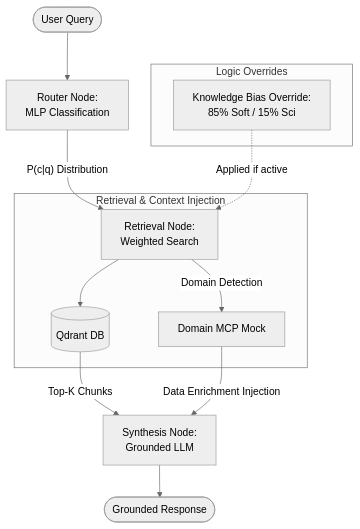
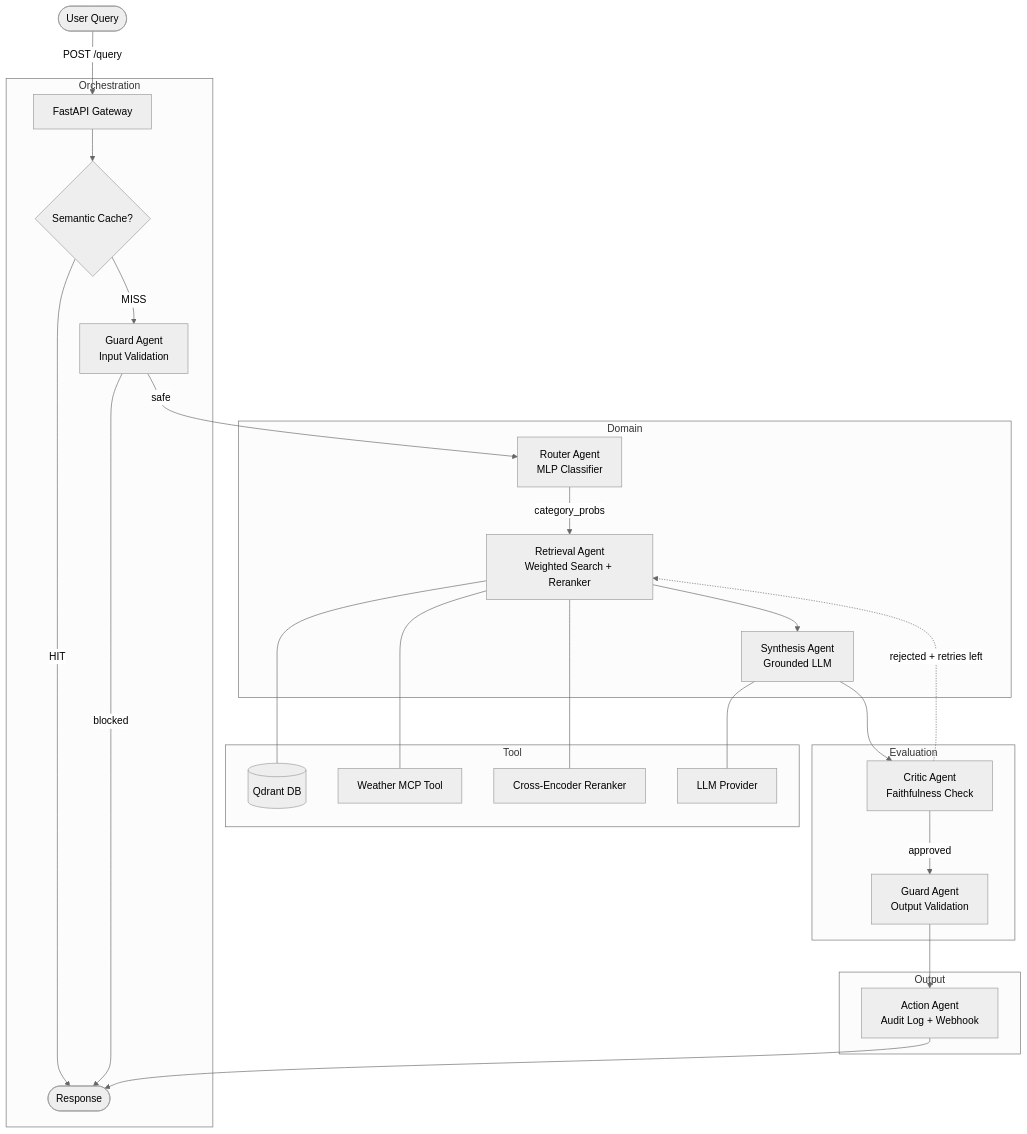
Before and after one commit to MLsound/multi-domain-assistant: the diagram in README.md, drawn with Mermaid (neutral theme). The commit also changed other lines of this file and 53 other files, not shown here.

First line of the commit message:
Refactor multi-domain assistant core and add scaffolding for API, evaluation, and tests

````diff
--- a/README.md
+++ b/README.md
@@ -9,19 +7,37 @@
 ```mermaid
 graph TD
-    User([User Query]) --> RouterNode[Router Node:<br>MLP Classification]
-    RouterNode --> |"P(c|q) Distribution"| RetrievalNode[Retrieval Node:<br>Weighted Search]
-  
-    subgraph "Retrieval & Context Injection"
-        RetrievalNode --> Qdrant[(Qdrant DB)]
-        RetrievalNode --> |Domain Detection| MCP[Domain MCP Mock]
+    User([User Query]) -->|POST /query| API[FastAPI Gateway]
+
+    subgraph Orchestration
+        API --> CacheCheck{Semantic Cache?}
+        CacheCheck -->|HIT| Response([Response])
+        CacheCheck -->|MISS| GuardIn
     end
 
-    Qdrant --> |Top-K Chunks| SynthesisNode[Synthesis Node:<br>Grounded LLM]
-    MCP --> |Data Enrichment Injection| SynthesisNode
-  
-    SynthesisNode --> Response([Grounded Response])
+    subgraph Domain
+        GuardIn[Guard Agent\nInput Validation]
+        GuardIn -->|safe| Router[Router Agent\nMLP Classifier]
+        GuardIn -->|blocked| Response
+        Router -->|category_probs| Retrieval[Retrieval Agent\nWeighted Search + Reranker]
+        Retrieval --> Synthesis[Synthesis Agent\nGrounded LLM]
+    end
 
-    subgraph "Logic Overrides"
-        HelpOverride[Knowledge Bias Override:<br>85% Soft / 15% Sci] -.->|Applied if active| RetrievalNode
+    subgraph Tool
+        Retrieval --- Qdrant[(Qdrant DB)]
+        Retrieval --- MCP[Weather MCP Tool]
+        Retrieval --- Reranker[Cross-Encoder Reranker]
+        Synthesis --- LLM[LLM Provider]
+    end
+
+    subgraph Evaluation
+        Synthesis --> Critic[Critic Agent\nFaithfulness Check]
+        Critic -->|approved| GuardOut
+        Critic -.->|rejected + retries left| Retrieval
+    end
+
+    subgraph Output
+        GuardOut[Guard Agent\nOutput Validation]
+        GuardOut --> Action[Action Agent\nAudit Log + Webhook]
+        Action --> Response
     end
 ```
````
